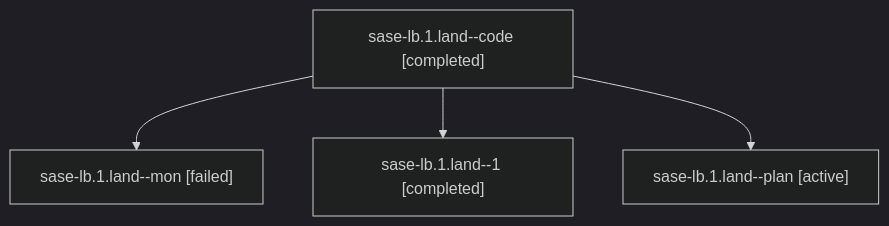
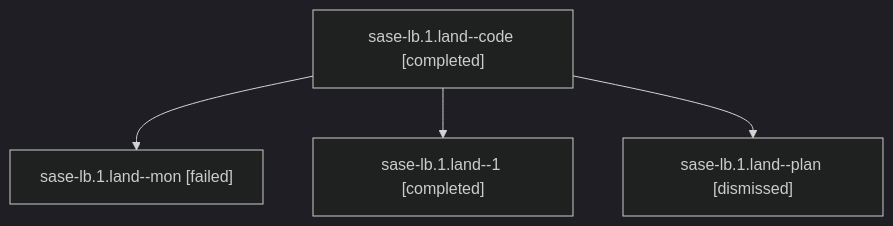
One commit to sase-org/sase--agents changed the diagram in sessions/bbugyi200.athena.sase-lb.1.land.md. Above: the diagram before and after it, drawn with Mermaid (dark theme). The commit also changed other lines of this file and 76 other files, not shown here.

````diff
--- a/sessions/bbugyi200.athena.sase-lb.1.land.md
+++ b/sessions/bbugyi200.athena.sase-lb.1.land.md
@@ -9,10 +9,10 @@
 ```mermaid
 flowchart TD
   n0["sase-lb.1.land--code [completed]"]
   n1["sase-lb.1.land--mon [failed]"]
   n0 --> n1
   n2["sase-lb.1.land--1 [completed]"]
   n0 --> n2
-  n3["sase-lb.1.land--plan [active]"]
+  n3["sase-lb.1.land--plan [dismissed]"]
   n0 --> n3
 ```
````
